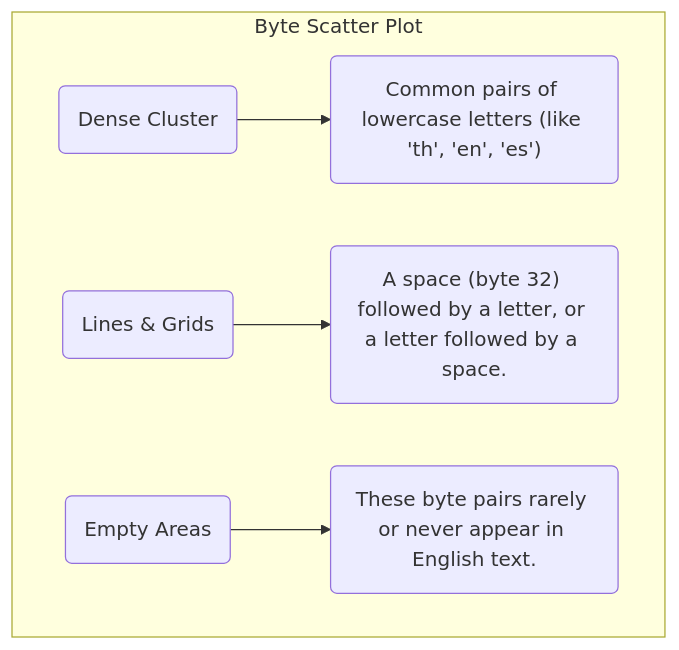
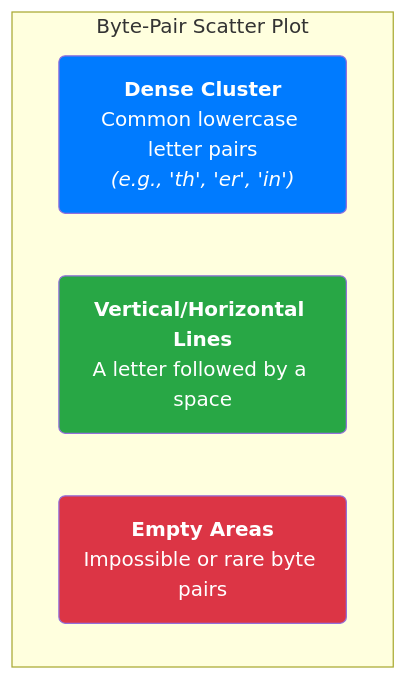
Before and after one commit to eltay89/eltay89.github.io: the first of 2 diagrams in _posts/2025-08-22-analyzing-bytes-for-llms.md, drawn with Mermaid. The commit also changed other lines of this file, not shown here.

````diff
--- a/_posts/2025-08-22-analyzing-bytes-for-llms.md
+++ b/_posts/2025-08-22-analyzing-bytes-for-llms.md
@@ -37,8 +46,12 @@
 ```mermaid
 graph TD
-    subgraph "Byte Scatter Plot"
-        A("Dense Cluster") --> A1("Common pairs of lowercase letters (like 'th', 'en', 'es')");
-        B("Lines & Grids") --> B1("A space (byte 32) followed by a letter, or a letter followed by a space.");
-        C("Empty Areas") --> C1("These byte pairs rarely or never appear in English text.");
+    subgraph "Byte-Pair Scatter Plot"
+        A("<b>Dense Cluster</b><br>Common lowercase letter pairs<br><i>(e.g., 'th', 'er', 'in')</i>")
+        B("<b>Vertical/Horizontal Lines</b><br>A letter followed by a space")
+        C("<b>Empty Areas</b><br>Impossible or rare byte pairs")
     end
+    
+    style A fill:#007bff,color:white
+    style B fill:#28a745,color:white
+    style C fill:#dc3545,color:white
 ```
````
